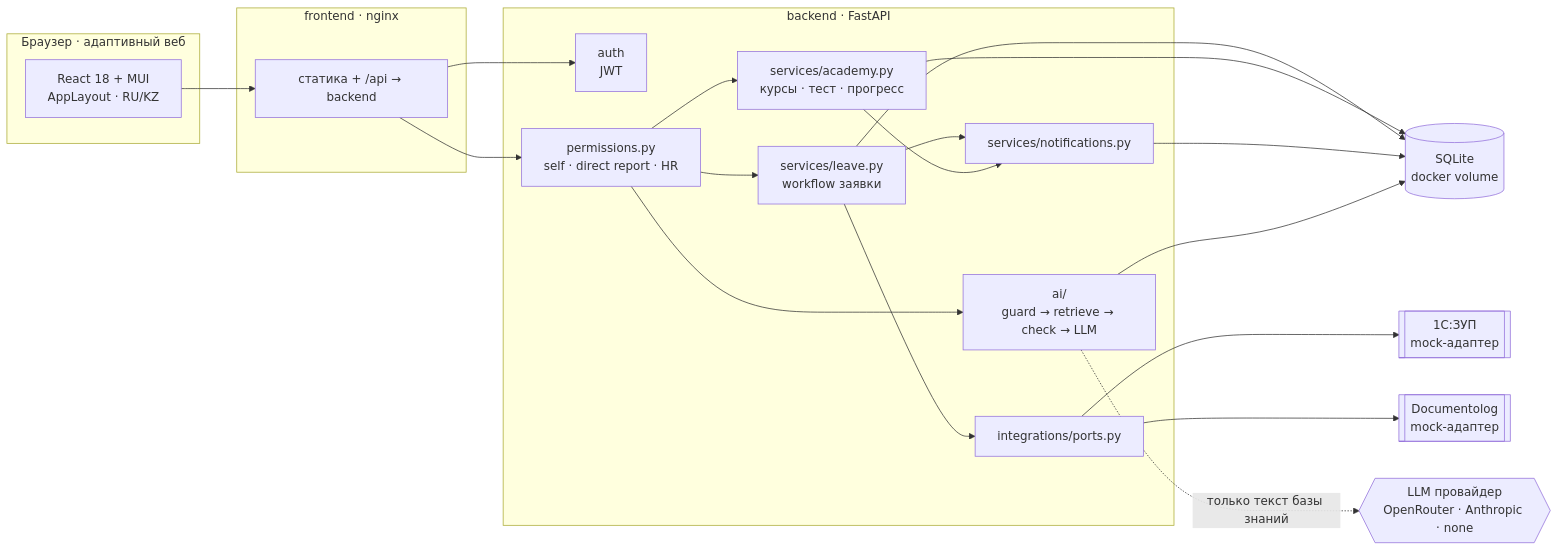
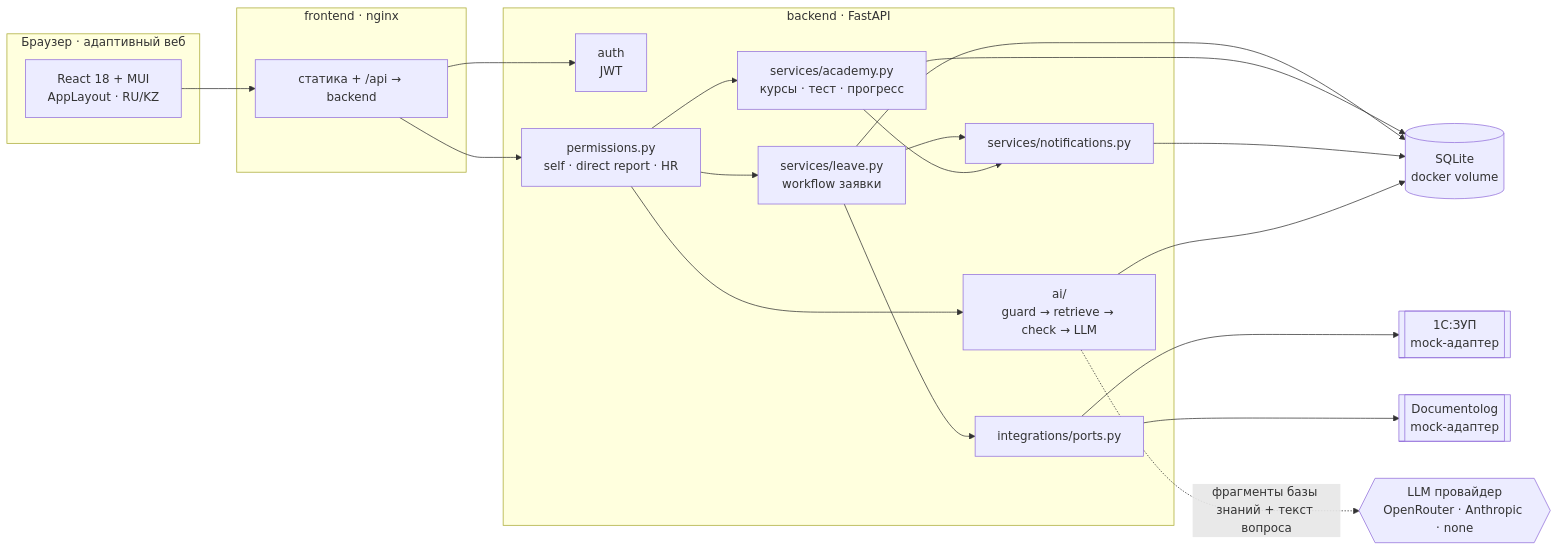
One commit to sekenoov/posttech-hack changed the first of 3 diagrams in docs/ARCHITECTURE.md. Above: the diagram before and after it, drawn with Mermaid. The commit also changed other lines of this file and 14 other files, not shown here.

````diff
--- a/docs/ARCHITECTURE.md
+++ b/docs/ARCHITECTURE.md
@@ -7,35 +7,35 @@
 ```mermaid
 flowchart LR
   subgraph Browser["Браузер · адаптивный веб"]
     SPA["React 18 + MUI<br/>AppLayout · RU/KZ"]
   end
 
   subgraph FE["frontend · nginx"]
     NG["статика + /api → backend"]
   end
 
   subgraph BE["backend · FastAPI"]
     AUTH["auth<br/>JWT"]
     PERM["permissions.py<br/>self · direct report · HR"]
     REQ["services/leave.py<br/>workflow заявки"]
     ACAD["services/academy.py<br/>курсы · тест · прогресс"]
     NOTIF["services/notifications.py"]
     AI["ai/<br/>guard → retrieve → check → LLM"]
     PORTS["integrations/ports.py"]
   end
 
   DB[("SQLite<br/>docker volume")]
   LLM{{"LLM провайдер<br/>OpenRouter · Anthropic · none"}}
   ZUP[["1С:ЗУП<br/>mock-адаптер"]]
   DOC[["Documentolog<br/>mock-адаптер"]]
 
   SPA --> NG --> AUTH
   NG --> PERM
   PERM --> REQ & ACAD & AI
   REQ --> NOTIF
   ACAD --> NOTIF
   REQ & ACAD & NOTIF & AI --> DB
-  AI -. только текст базы знаний .-> LLM
+  AI -. фрагменты базы знаний + текст вопроса .-> LLM
   REQ --> PORTS
   PORTS --> ZUP & DOC
 ```
````
